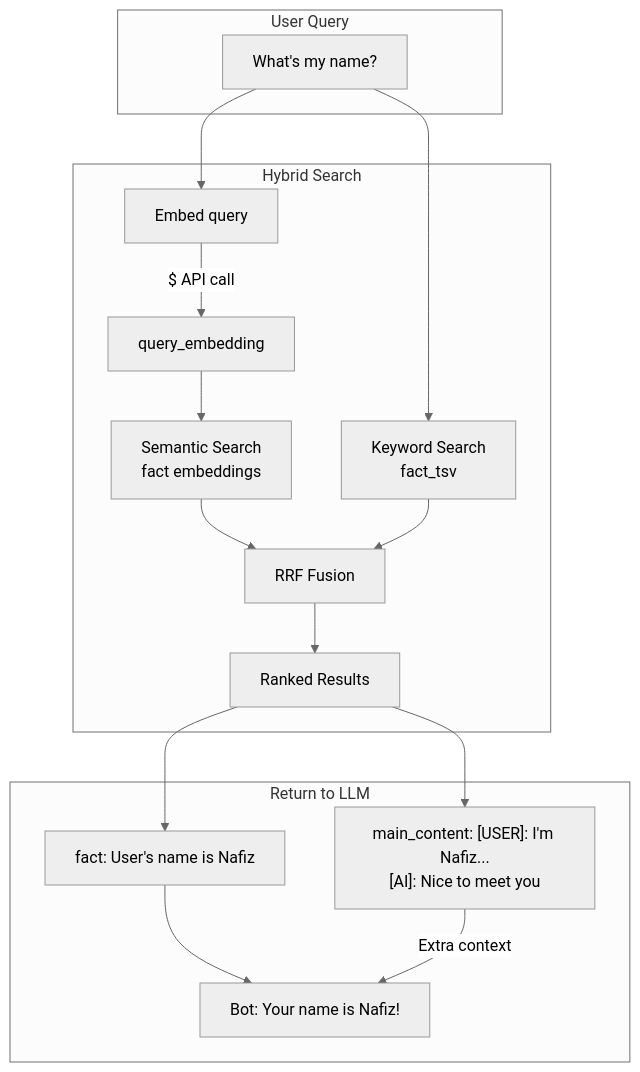
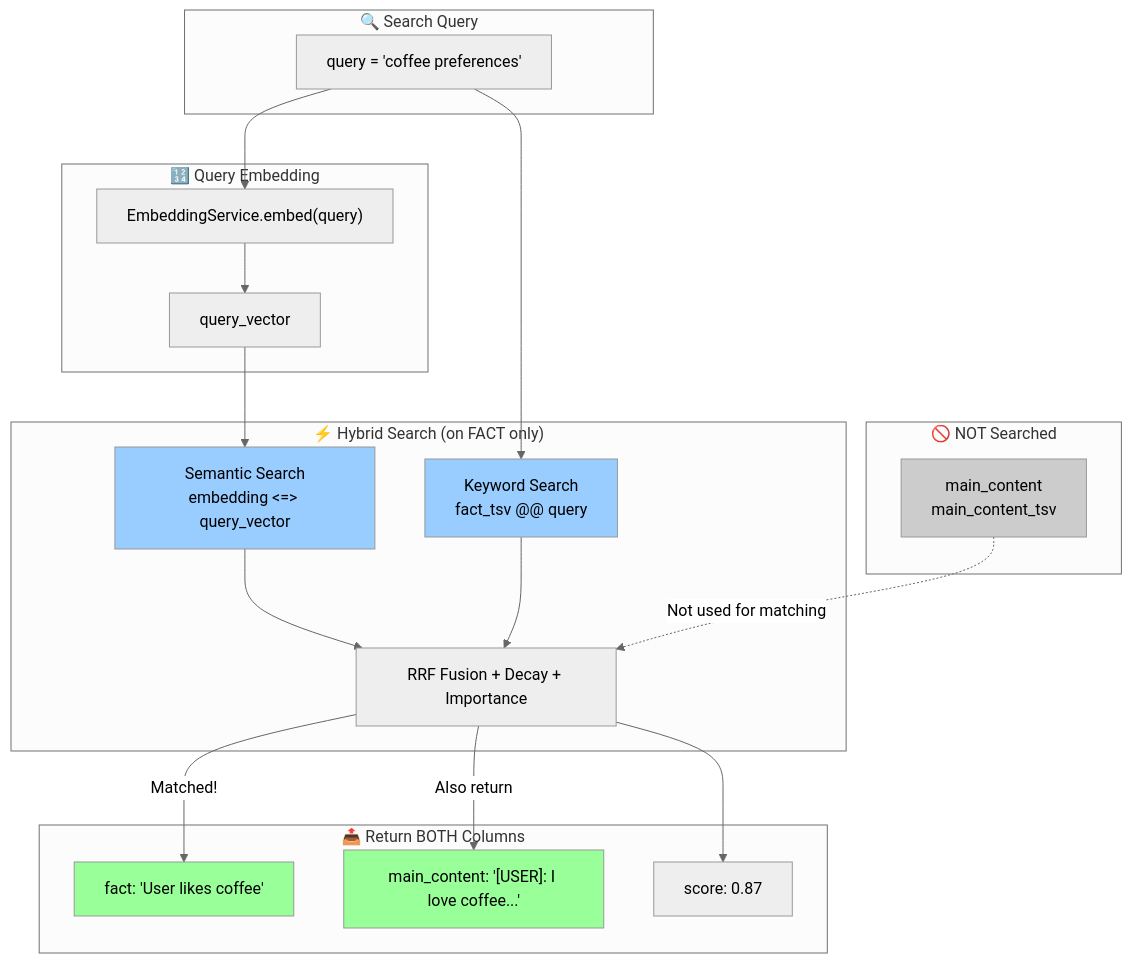
Before and after one commit to ahammadnafiz/engram: the second of 7 diagrams in docs/diagram.md, drawn with Mermaid (neutral theme). The commit also changed other lines of this file, not shown here.

Commit message:
Revise documentation for the Engram two-column memory system: update diagrams to illustrate memory storage and retrieval flows, enhance clarity on embedding processes, and include a new database schema. Add cost comparison and search vs storage analysis to improve understanding of memory efficiency.

````diff
--- a/docs/diagram.md
+++ b/docs/diagram.md
@@ -48,39 +47,46 @@
 ```mermaid
 flowchart TD
-    subgraph Query [User Query]
-        Q["What's my name?"]
+    subgraph Query["🔍 Search Query"]
+        Q["query = 'coffee preferences'"]
     end
-    
-    subgraph HybridSearch [Hybrid Search]
-        QEmbed["Embed query"]
-        QVector["query_embedding"]
-        
-        Semantic["Semantic Search<br/>fact embeddings"]
-        Keyword["Keyword Search<br/>fact_tsv"]
-        
-        RRF["RRF Fusion"]
-        Results["Ranked Results"]
+
+    subgraph Embed["🔢 Query Embedding"]
+        QEmbed["EmbeddingService.embed(query)"]
+        QVector["query_vector"]
     end
-    
-    subgraph Return [Return to LLM]
-        Fact["fact: User's name is Nafiz"]
-        Context["main_content: [USER]: I'm Nafiz...<br/>[AI]: Nice to meet you"]
-        Response["Bot: Your name is Nafiz!"]
+
+    subgraph HybridSearch["⚡ Hybrid Search (on FACT only)"]
+        Semantic["Semantic Search\nembedding <=> query_vector"]
+        Keyword["Keyword Search\nfact_tsv @@ query"]
+        RRF["RRF Fusion + Decay + Importance"]
     end
-    
+
+    subgraph NotSearched["🚫 NOT Searched"]
+        MainContentCol["main_content\nmain_content_tsv"]
+    end
+
+    subgraph Return["📤 Return BOTH Columns"]
+        Fact["fact: 'User likes coffee'"]
+        Main["main_content: '[USER]: I love coffee...'"]
+        Score["score: 0.87"]
+    end
+
     Q --> QEmbed
-    QEmbed -->|"$ API call"| QVector
-    
+    QEmbed --> QVector
     QVector --> Semantic
     Q --> Keyword
-    
     Semantic --> RRF
     Keyword --> RRF
     
-    RRF --> Results
-    Results --> Fact
-    Results --> Context
-    
-    Fact --> Response
-    Context -->|"Extra context"| Response
+    RRF -->|"Matched!"| Fact
+    RRF -->|"Also return"| Main
+    RRF --> Score
+
+    MainContentCol -.->|"Not used for matching"| RRF
+
+    style Semantic fill:#99ccff
+    style Keyword fill:#99ccff
+    style MainContentCol fill:#cccccc
+    style Fact fill:#99ff99
+    style Main fill:#99ff99
 ```
````
